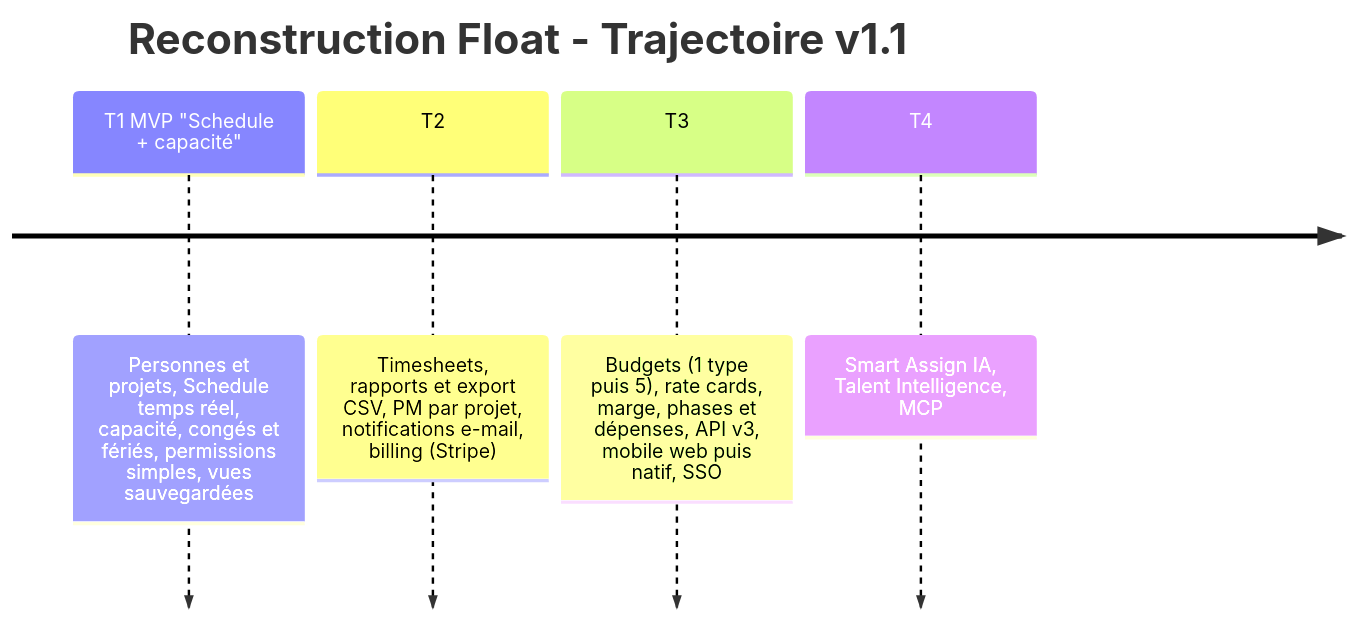
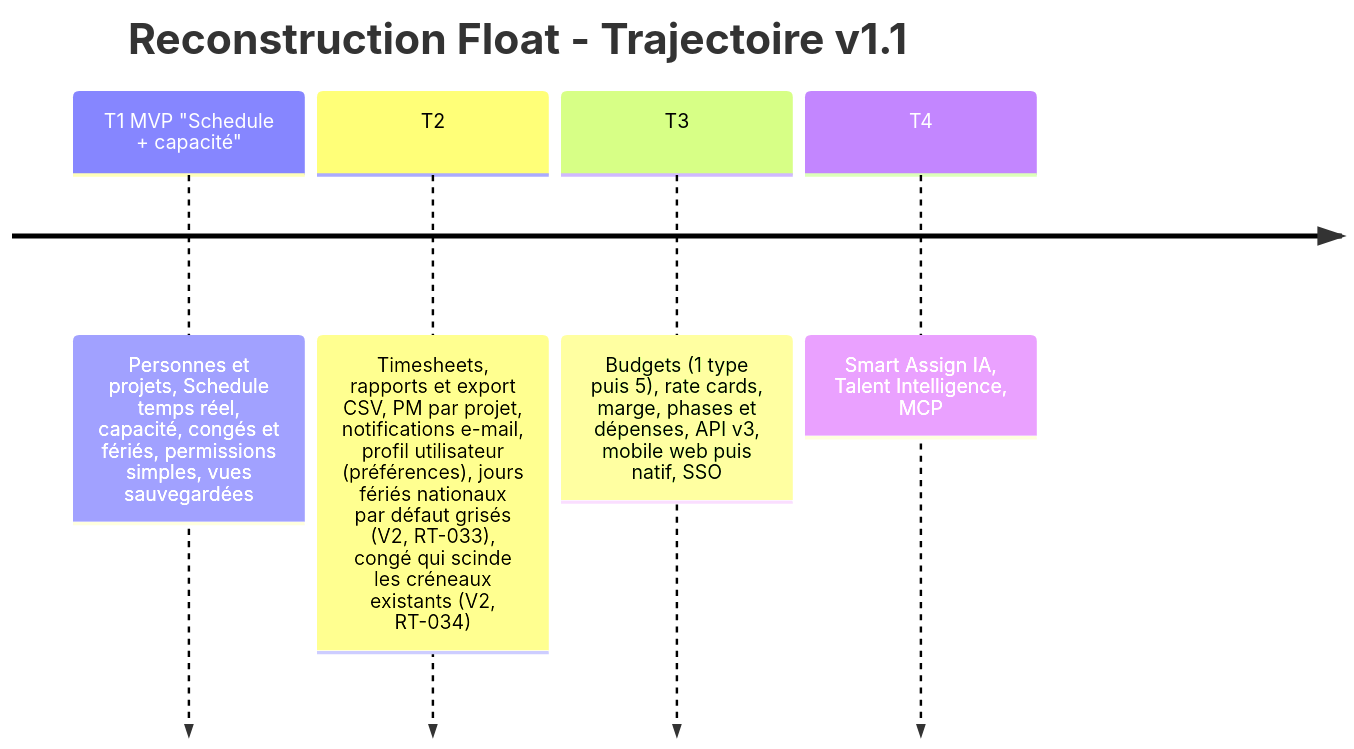
Before and after one commit to aannet/wnext: the third of 3 diagrams in docs/dossier-fondamentaux-v1.1.md, drawn with Mermaid. The commit also changed 6 other files, not shown here.

````diff
--- a/docs/dossier-fondamentaux-v1.1.md
+++ b/docs/dossier-fondamentaux-v1.1.md
@@ -458,8 +458,8 @@
 ```mermaid
 timeline
     title Reconstruction Float - Trajectoire v1.1
     T1 MVP "Schedule + capacité" : Personnes et projets, Schedule temps réel, capacité, congés et fériés, permissions simples, vues sauvegardées
-    T2 : Timesheets, rapports et export CSV, PM par projet, notifications e-mail, billing (Stripe)
+    T2 : Timesheets, rapports et export CSV, PM par projet, notifications e-mail, profil utilisateur (préférences), jours fériés nationaux par défaut grisés (V2, RT-033), congé qui scinde les créneaux existants (V2, RT-034)
     T3 : Budgets (1 type puis 5), rate cards, marge, phases et dépenses, API v3, mobile web puis natif, SSO
     T4 : Smart Assign IA, Talent Intelligence, MCP
 ```
````
